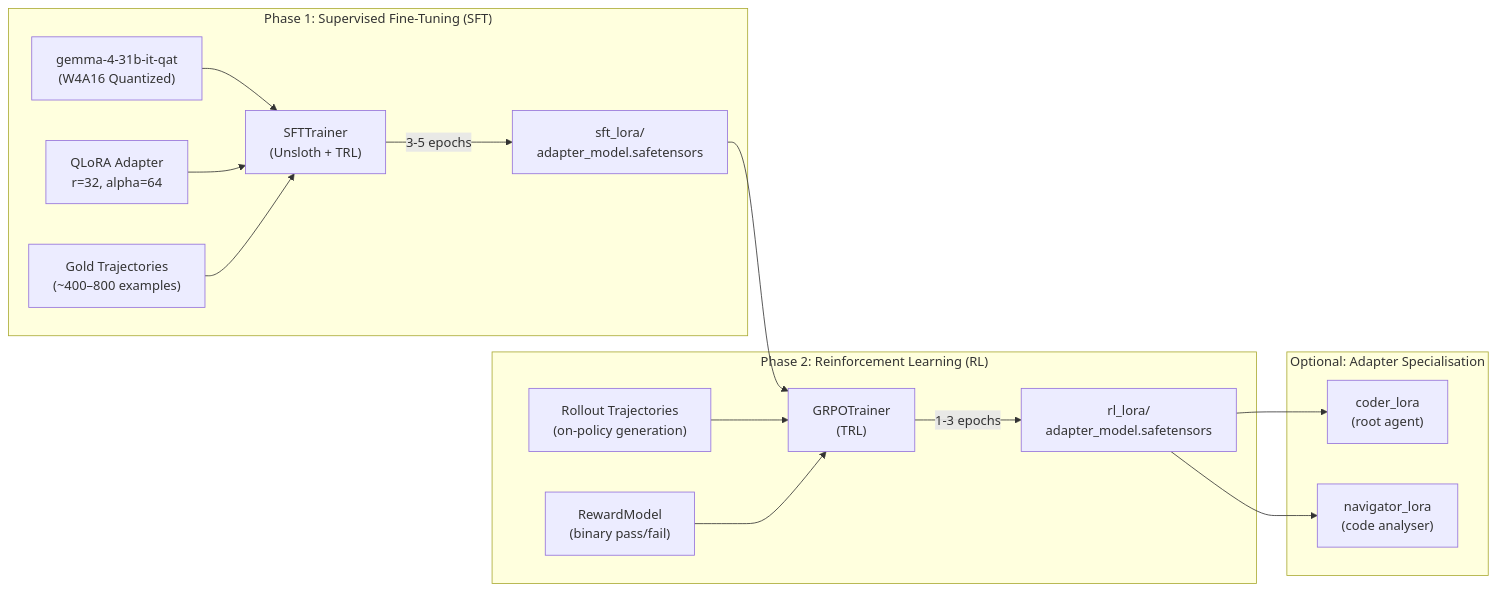
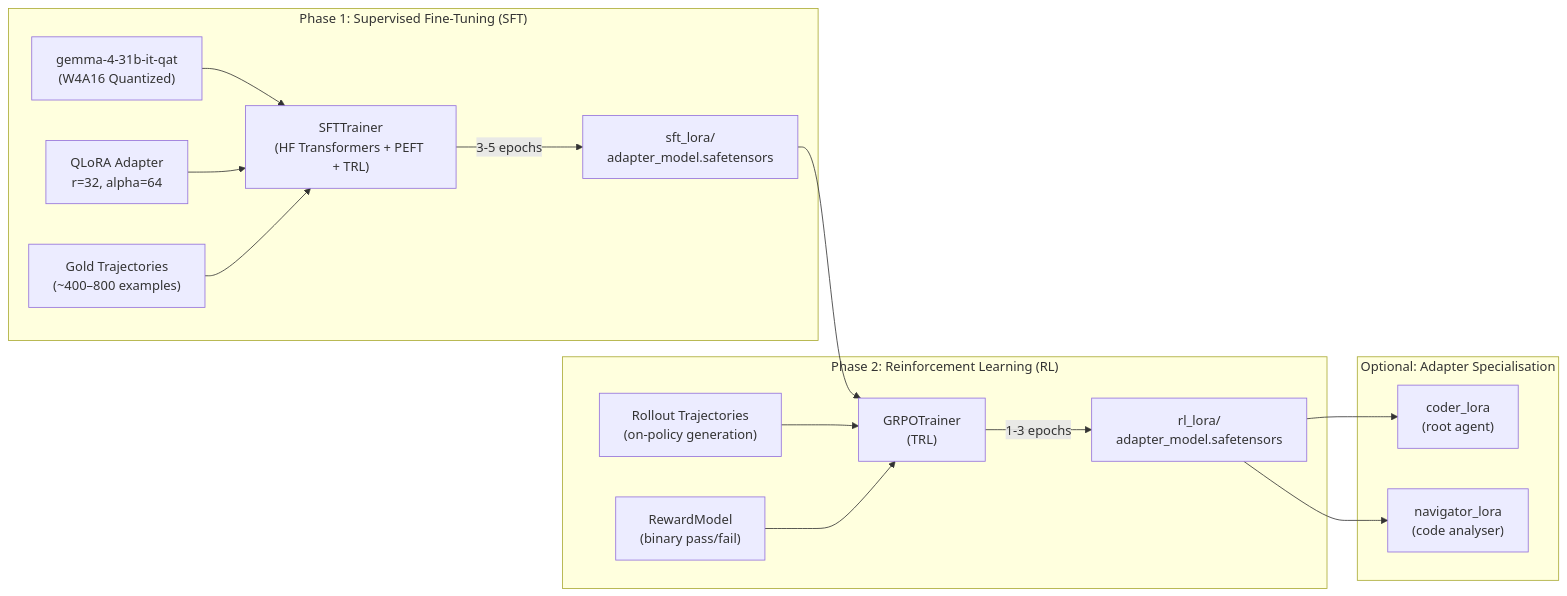
Before and after one commit to Strider221B/gemma4_dev_agent: the diagram in documentation/design/high_level/04_training_strategy.md, drawn with Mermaid. The commit also changed other lines of this file and 26 other files, not shown here.

````diff
--- a/documentation/design/high_level/04_training_strategy.md
+++ b/documentation/design/high_level/04_training_strategy.md
@@ -7,28 +7,28 @@
 ```mermaid
 flowchart LR
     subgraph PHASE_1["Phase 1: Supervised Fine-Tuning (SFT)"]
         BASE["gemma-4-31b-it-qat\n(W4A16 Quantized)"]
         LORA1["QLoRA Adapter\nr=32, alpha=64"]
         SFT_DATA["Gold Trajectories\n(~400–800 examples)"]
-        SFT_TRAIN["SFTTrainer\n(Unsloth + TRL)"]
+        SFT_TRAIN["SFTTrainer\n(HF Transformers + PEFT + TRL)"]
         BASE --> SFT_TRAIN
         LORA1 --> SFT_TRAIN
         SFT_DATA --> SFT_TRAIN
         SFT_TRAIN -->|"3-5 epochs"| SFT_CKPT["sft_lora/\nadapter_model.safetensors"]
     end
 
     subgraph PHASE_2["Phase 2: Reinforcement Learning (RL)"]
         RL_DATA["Rollout Trajectories\n(on-policy generation)"]
         REWARD["RewardModel\n(binary pass/fail)"]
         RL_TRAIN["GRPOTrainer\n(TRL)"]
         SFT_CKPT --> RL_TRAIN
         RL_DATA --> RL_TRAIN
         REWARD --> RL_TRAIN
         RL_TRAIN -->|"1-3 epochs"| RL_CKPT["rl_lora/\nadapter_model.safetensors"]
     end
 
     subgraph SPECIALISATION["Optional: Adapter Specialisation"]
         RL_CKPT --> CODER["coder_lora\n(root agent)"]
         RL_CKPT --> NAV["navigator_lora\n(code analyser)"]
     end
 ```
````
